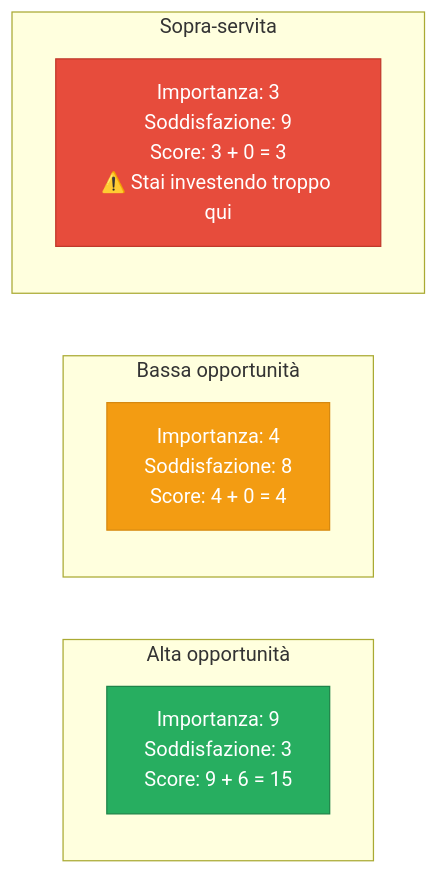
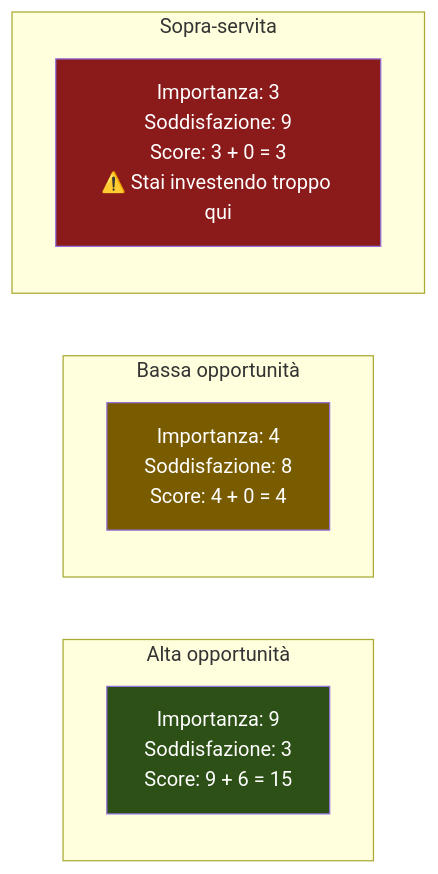
Before and after one commit to AndreyBertasini/gynnitech: the third of 5 diagrams in src/content/corso/analisi-prodotto/prioritizzazione-feature.mdx, drawn with Mermaid. The commit also changed other lines of this file and 21 other files, not shown here.

First line of the commit message:
style: applica color scheme semantico a tutti i diagrammi Mermaid del corso

````diff
--- a/src/content/corso/analisi-prodotto/prioritizzazione-feature.mdx
+++ b/src/content/corso/analisi-prodotto/prioritizzazione-feature.mdx
@@ -145,15 +157,15 @@
 ```mermaid
 graph LR
     subgraph "Alta opportunità"
         A["Importanza: 9\nSoddisfazione: 3\nScore: 9 + 6 = 15"]
     end
     subgraph "Bassa opportunità"
         B["Importanza: 4\nSoddisfazione: 8\nScore: 4 + 0 = 4"]
     end
     subgraph "Sopra-servita"
         C["Importanza: 3\nSoddisfazione: 9\nScore: 3 + 0 = 3\n⚠️ Stai investendo troppo qui"]
     end
-    style A fill:#27ae60,stroke:#1e8449,color:#fff
-    style B fill:#f39c12,stroke:#d68910,color:#fff
-    style C fill:#e74c3c,stroke:#c0392b,color:#fff
+    style A fill:#2d5016,color:#ffffff
+    style B fill:#7a5c00,color:#ffffff
+    style C fill:#8b1a1a,color:#ffffff
 ```
````
